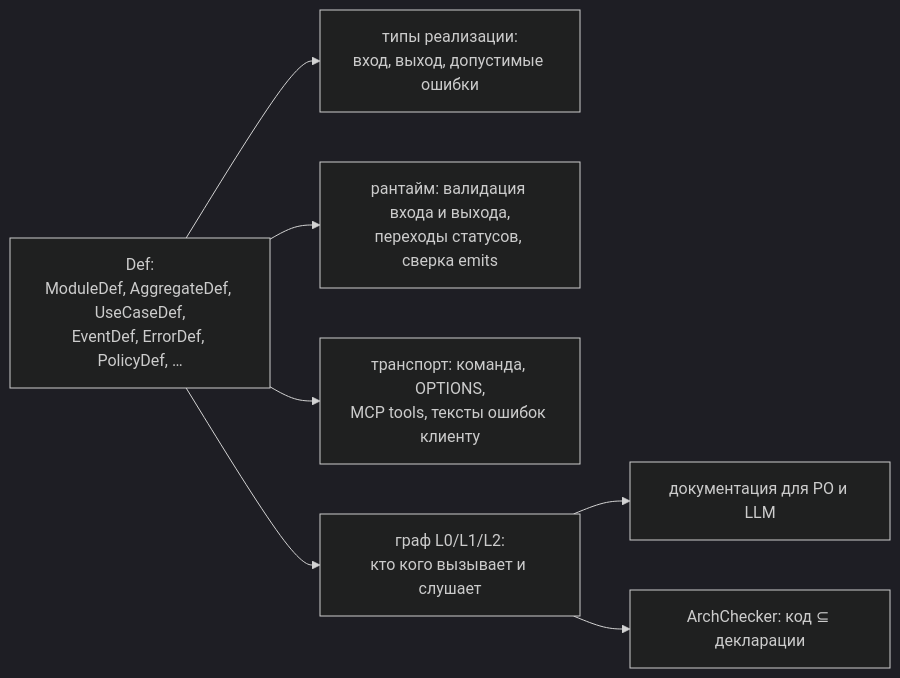
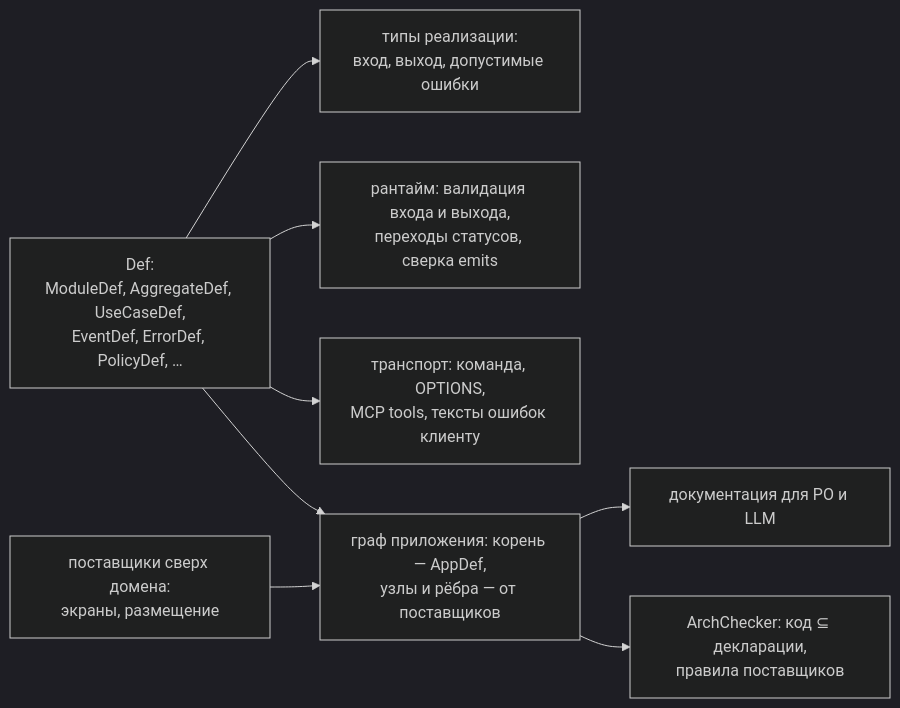
The diagram in docs/concepts/manifests.md (recode-ak/dmg-core), drawn with Mermaid (dark theme) before and after one commit. The commit also changed other lines of this file and 27 other files, not shown here.

````diff
--- a/docs/concepts/manifests.md
+++ b/docs/concepts/manifests.md
@@ -21,10 +21,11 @@
 ```mermaid
 flowchart LR
   DEF["Def:<br/>ModuleDef, AggregateDef, UseCaseDef,<br/>EventDef, ErrorDef, PolicyDef, …"]
   DEF --> T["типы реализации:<br/>вход, выход, допустимые ошибки"]
   DEF --> RT["рантайм: валидация входа и выхода,<br/>переходы статусов, сверка emits"]
   DEF --> TR["транспорт: команда, OPTIONS,<br/>MCP tools, тексты ошибок клиенту"]
-  DEF --> G["граф L0/L1/L2:<br/>кто кого вызывает и слушает"]
+  DEF --> G["граф приложения: корень — AppDef,<br/>узлы и рёбра — от поставщиков"]
+  EXT["поставщики сверх домена:<br/>экраны, размещение"] --> G
   G --> DOC["документация для PO и LLM"]
-  G --> AC["ArchChecker: код ⊆ декларации"]
+  G --> AC["ArchChecker: код ⊆ декларации,<br/>правила поставщиков"]
 ```
````
